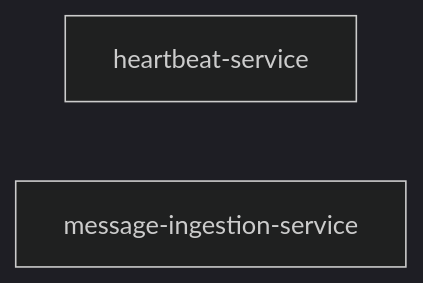
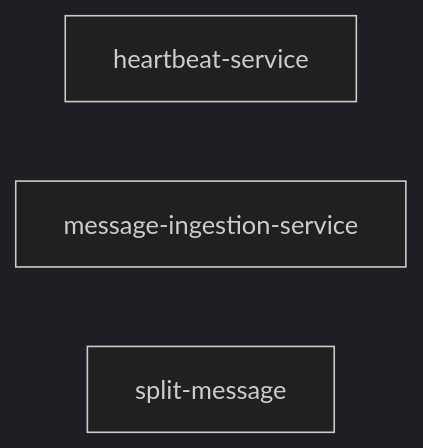
Before and after one commit to OJII3/vicissitude: the diagram in packages/application/DEPS.md, drawn with Mermaid (dark theme). The commit also changed other lines of this file and 5 other files, not shown here.

First line of the commit message:
refactor: splitMessage を packages/application に移動

````diff
--- a/packages/application/DEPS.md
+++ b/packages/application/DEPS.md
@@ -7,5 +7,6 @@
 ```mermaid
 graph LR
   heartbeat_service["heartbeat-service"]
   message_ingestion_service["message-ingestion-service"]
+  split_message["split-message"]
 ```
````
